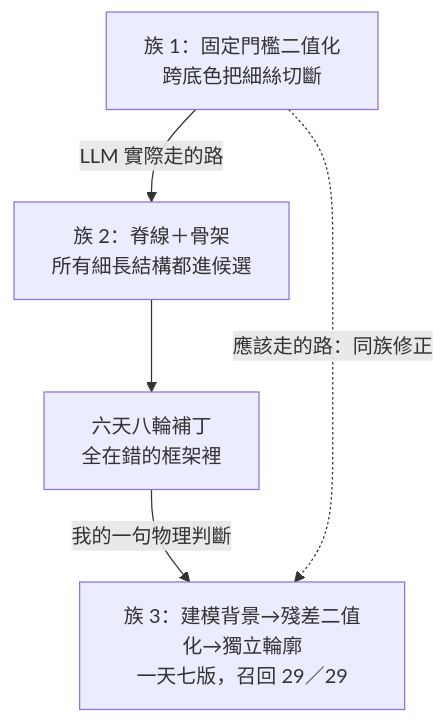
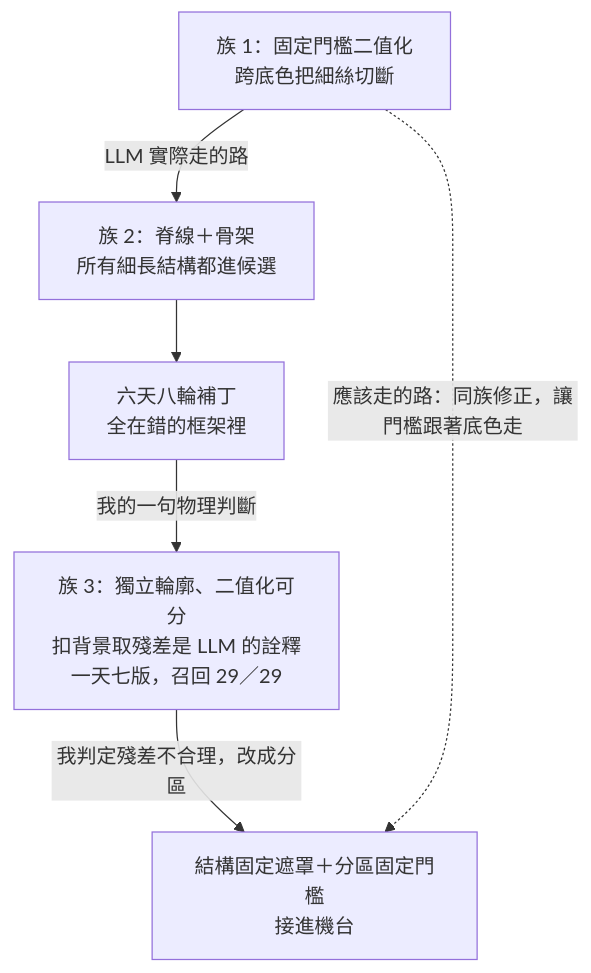
The diagram in growth/03_method_family_drift.md (dtgfdgfgf/BIO), drawn with Mermaid before and after one commit. The commit also changed other lines of this file, not shown here.

````diff
--- a/growth/03_method_family_drift.md
+++ b/growth/03_method_family_drift.md
@@ -50,7 +51,8 @@
 ```mermaid
 flowchart TD
   A["族 1：固定門檻二值化<br/>跨底色把細絲切斷"] -->|LLM 實際走的路| B["族 2：脊線＋骨架<br/>所有細長結構都進候選"]
   B --> C["六天八輪補丁<br/>全在錯的框架裡"]
-  C -->|我的一句物理判斷| D["族 3：建模背景→殘差二值化→獨立輪廓<br/>一天七版，召回 29／29"]
-  A -.->|應該走的路：同族修正| D
+  C -->|我的一句物理判斷| D["族 3：獨立輪廓、二值化可分<br/>扣背景取殘差是 LLM 的詮釋<br/>一天七版，召回 29／29"]
+  D -->|我判定殘差不合理，改成分區| E["結構固定遮罩＋分區固定門檻<br/>接進機台"]
+  A -.->|應該走的路：同族修正，讓門檻跟著底色走| E
 ```
````
